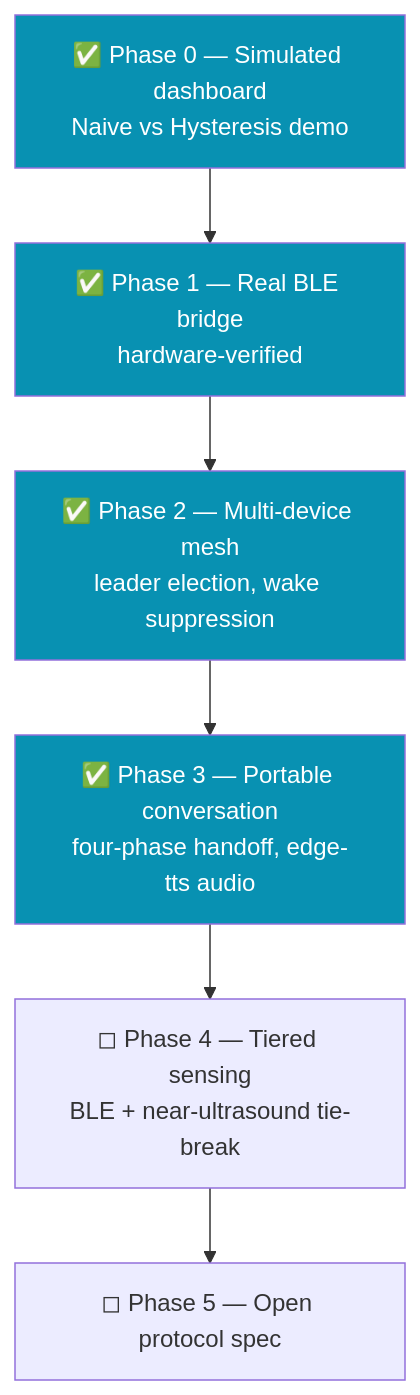
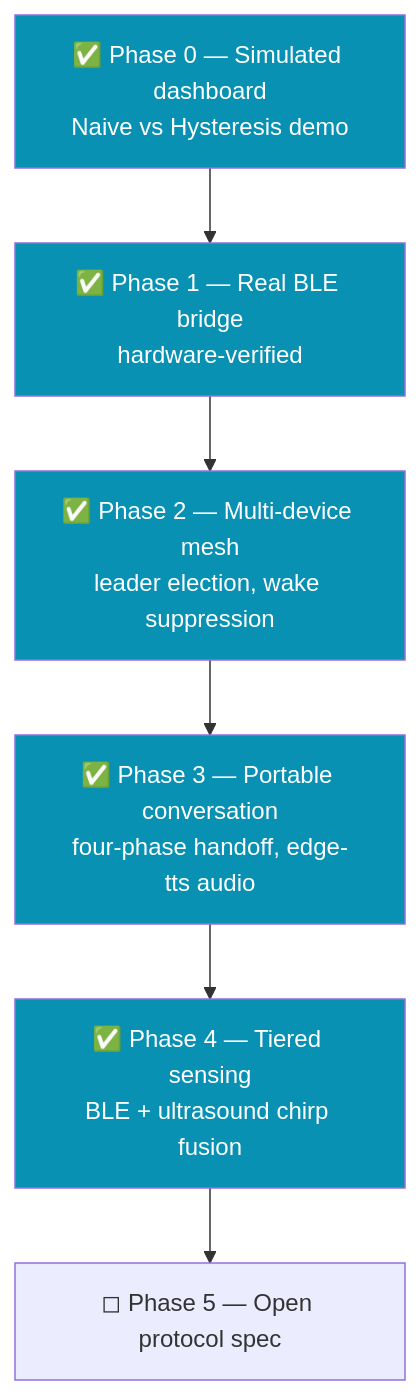
The fourth of 4 diagrams in README.md (HailLucifer666/Aether-BLE), drawn with Mermaid before and after one commit. The commit also changed other lines of this file and 4 other files, not shown here.

````diff
--- a/README.md
+++ b/README.md
@@ -168,16 +205,17 @@
 ```mermaid
 flowchart TD
     P0["✅ Phase 0 — Simulated dashboard\nNaive vs Hysteresis demo"]
     P1["✅ Phase 1 — Real BLE bridge\nhardware-verified"]
     P2["✅ Phase 2 — Multi-device mesh\nleader election, wake suppression"]
     P3["✅ Phase 3 — Portable conversation\nfour-phase handoff, edge-tts audio"]
-    P4["◻ Phase 4 — Tiered sensing\nBLE + near-ultrasound tie-break"]
+    P4["✅ Phase 4 — Tiered sensing\nBLE + ultrasound chirp fusion"]
     P5["◻ Phase 5 — Open protocol spec"]
 
     P0 --> P1 --> P2 --> P3 --> P4 --> P5
 
     style P0 fill:#0891b2,color:#fff
     style P1 fill:#0891b2,color:#fff
     style P2 fill:#0891b2,color:#fff
     style P3 fill:#0891b2,color:#fff
+    style P4 fill:#0891b2,color:#fff
 ```
````
